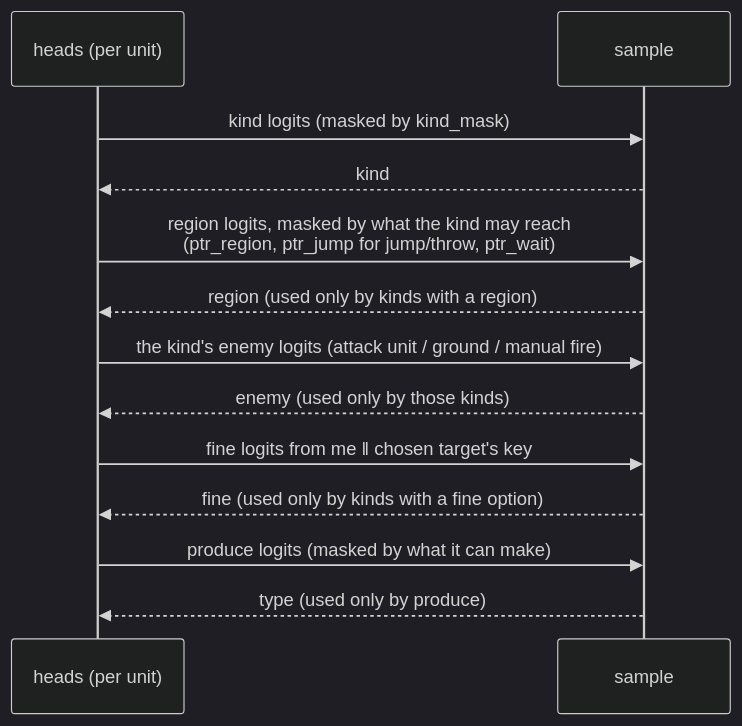
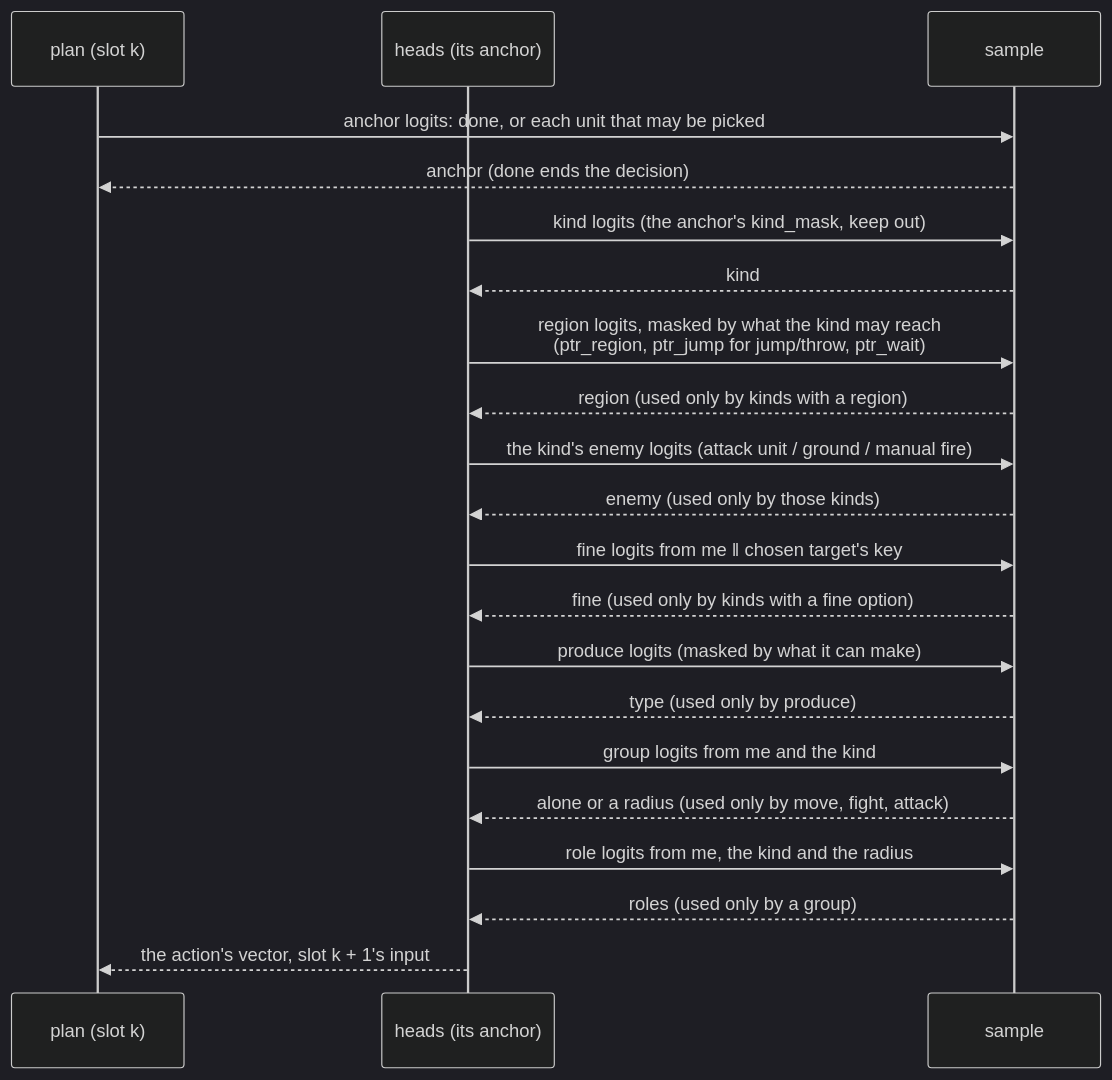
Before and after one commit to pts1667/zk-ArenaAI: the eighth of 11 diagrams in docs/model.md, drawn with Mermaid (dark theme). The commit also changed other lines of this file and 47 other files, not shown here.

````diff
--- a/docs/model.md
+++ b/docs/model.md
@@ -225,15 +264,23 @@
 ```mermaid
 sequenceDiagram
-    participant H as heads (per unit)
+    participant P as plan (slot k)
+    participant H as heads (its anchor)
     participant S as sample
-    H->>S: kind logits (masked by kind_mask)
+    P->>S: anchor logits: done, or each unit that may be picked
+    S-->>P: anchor (done ends the decision)
+    H->>S: kind logits (the anchor's kind_mask, keep out)
     S-->>H: kind
     H->>S: region logits, masked by what the kind may reach<br/>(ptr_region, ptr_jump for jump/throw, ptr_wait)
     S-->>H: region (used only by kinds with a region)
     H->>S: the kind's enemy logits (attack unit / ground / manual fire)
     S-->>H: enemy (used only by those kinds)
     H->>S: fine logits from me ‖ chosen target's key
     S-->>H: fine (used only by kinds with a fine option)
     H->>S: produce logits (masked by what it can make)
     S-->>H: type (used only by produce)
+    H->>S: group logits from me and the kind
+    S-->>H: alone or a radius (used only by move, fight, attack)
+    H->>S: role logits from me, the kind and the radius
+    S-->>H: roles (used only by a group)
+    H-->>P: the action's vector, slot k + 1's input
 ```
````
